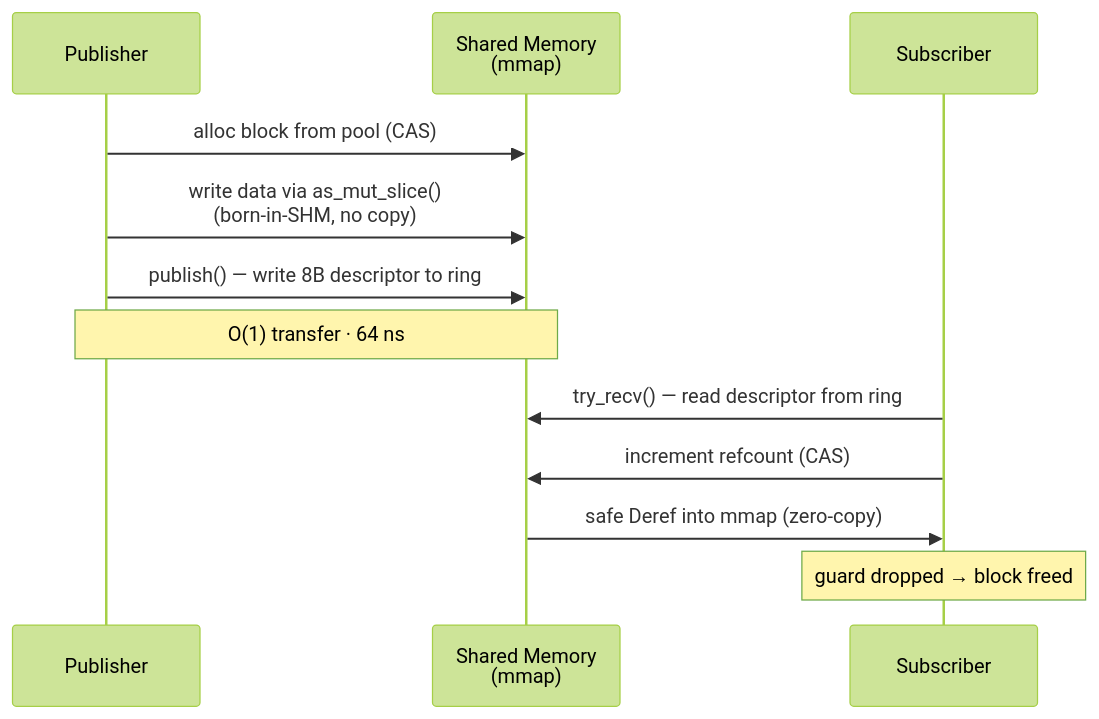
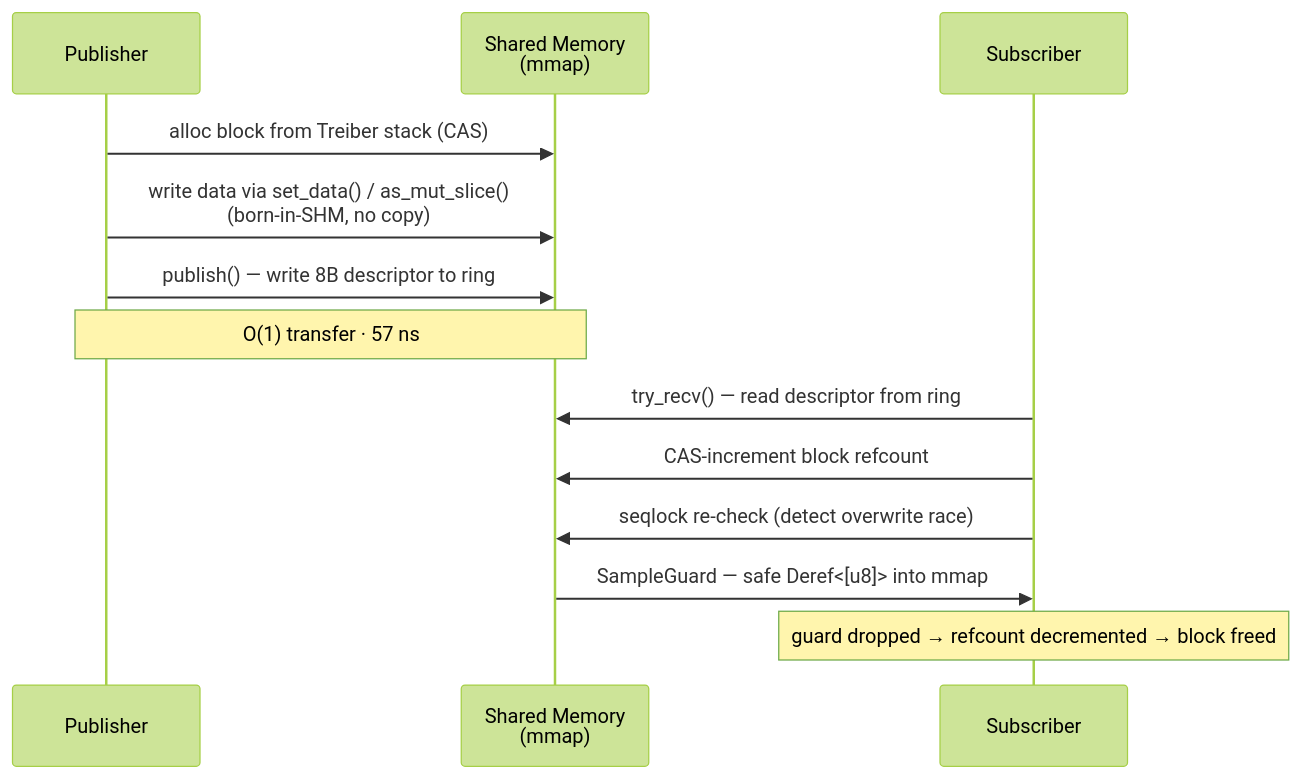
The second of 3 diagrams in README.md (userFRM/crossbar), drawn with Mermaid (forest theme) before and after one commit. The commit also changed other lines of this file and 35 other files, not shown here.

````diff
--- a/README.md
+++ b/README.md
@@ -37,18 +158,19 @@
 ```mermaid
 sequenceDiagram
     participant P as Publisher
     participant SHM as Shared Memory<br/>(mmap)
     participant S as Subscriber
 
-    P->>SHM: alloc block from pool (CAS)
-    P->>SHM: write data via as_mut_slice()<br/>(born-in-SHM, no copy)
+    P->>SHM: alloc block from Treiber stack (CAS)
+    P->>SHM: write data via set_data() / as_mut_slice()<br/>(born-in-SHM, no copy)
     P->>SHM: publish() — write 8B descriptor to ring
 
-    Note over P,SHM: O(1) transfer · 64 ns
+    Note over P,SHM: O(1) transfer · 57 ns
 
     S->>SHM: try_recv() — read descriptor from ring
-    S->>SHM: increment refcount (CAS)
-    SHM->>S: safe Deref into mmap (zero-copy)
+    S->>SHM: CAS-increment block refcount
+    S->>SHM: seqlock re-check (detect overwrite race)
+    SHM->>S: SampleGuard — safe Deref<[u8]> into mmap
 
-    Note over S: guard dropped → block freed
+    Note over S: guard dropped → refcount decremented → block freed
 ```
````
